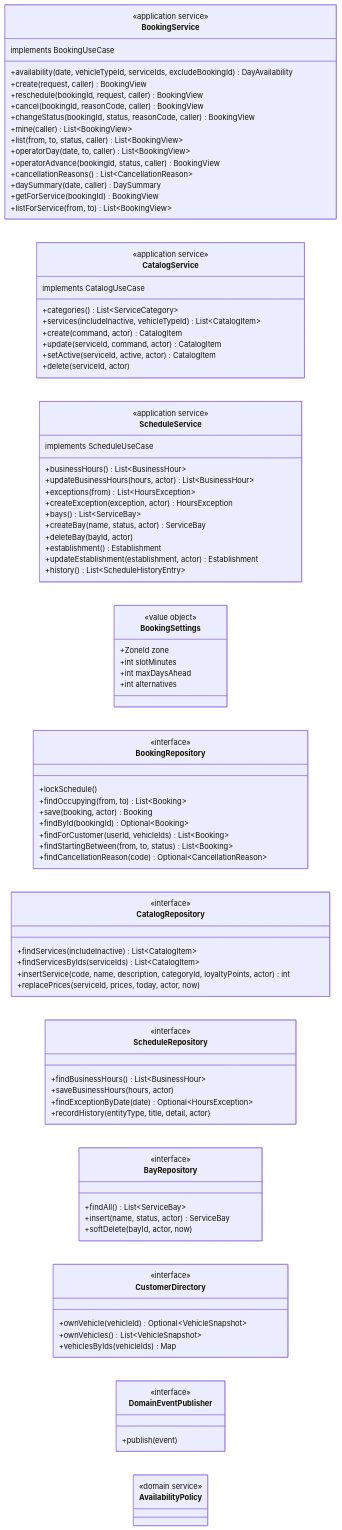
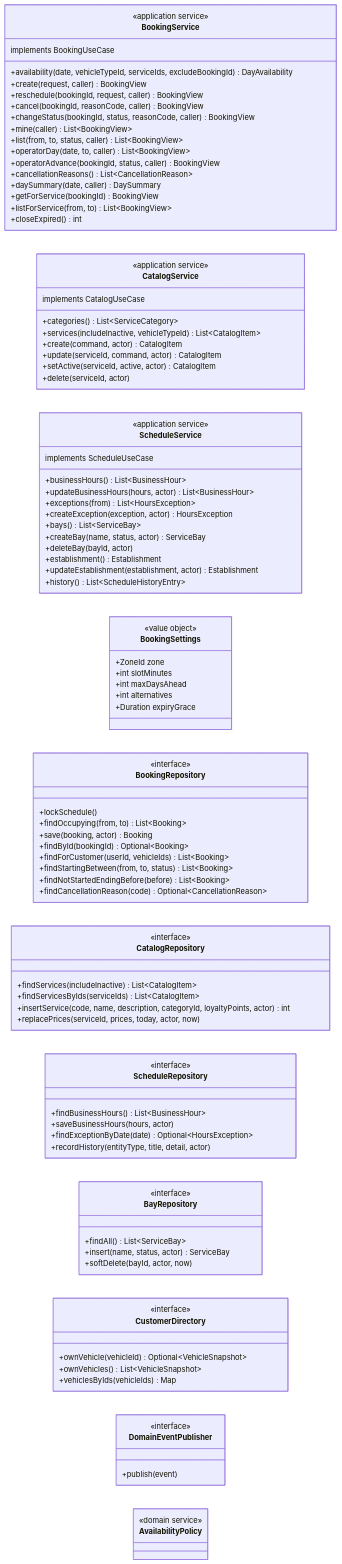
One commit to BrayanCABRERA123/lavarapido-docs changed diagram 13 of 20 in 04_DOCUMENTACION_DE_DISENO_DEL_SOFTWARE/EN/MD/software-design-documentation.md. Above: the diagram before and after it, drawn with Mermaid. The commit also changed other lines of this file, not shown here.

Commit message:
docs(design): document the session check, expired bookings and assignment lock in English (1.5)

```diff
--- a/04_DOCUMENTACION_DE_DISENO_DEL_SOFTWARE/EN/MD/software-design-documentation.md
+++ b/04_DOCUMENTACION_DE_DISENO_DEL_SOFTWARE/EN/MD/software-design-documentation.md
@@ -2315,6 +2323,7 @@
     +daySummary(date, caller) DaySummary
     +getForService(bookingId) BookingView
     +listForService(from, to) List~BookingView~
+    +closeExpired() int
   }
   class CatalogService {
     <<application service>>
@@ -2346,6 +2355,7 @@
     +int slotMinutes
     +int maxDaysAhead
     +int alternatives
+    +Duration expiryGrace
   }
   class BookingRepository {
     <<interface>>
@@ -2355,6 +2365,7 @@
     +findById(bookingId) Optional~Booking~
     +findForCustomer(userId, vehicleIds) List~Booking~
     +findStartingBetween(from, to, status) List~Booking~
+    +findNotStartedEndingBefore(before) List~Booking~
     +findCancellationReason(code) Optional~CancellationReason~
   }
   class CatalogRepository {
```
